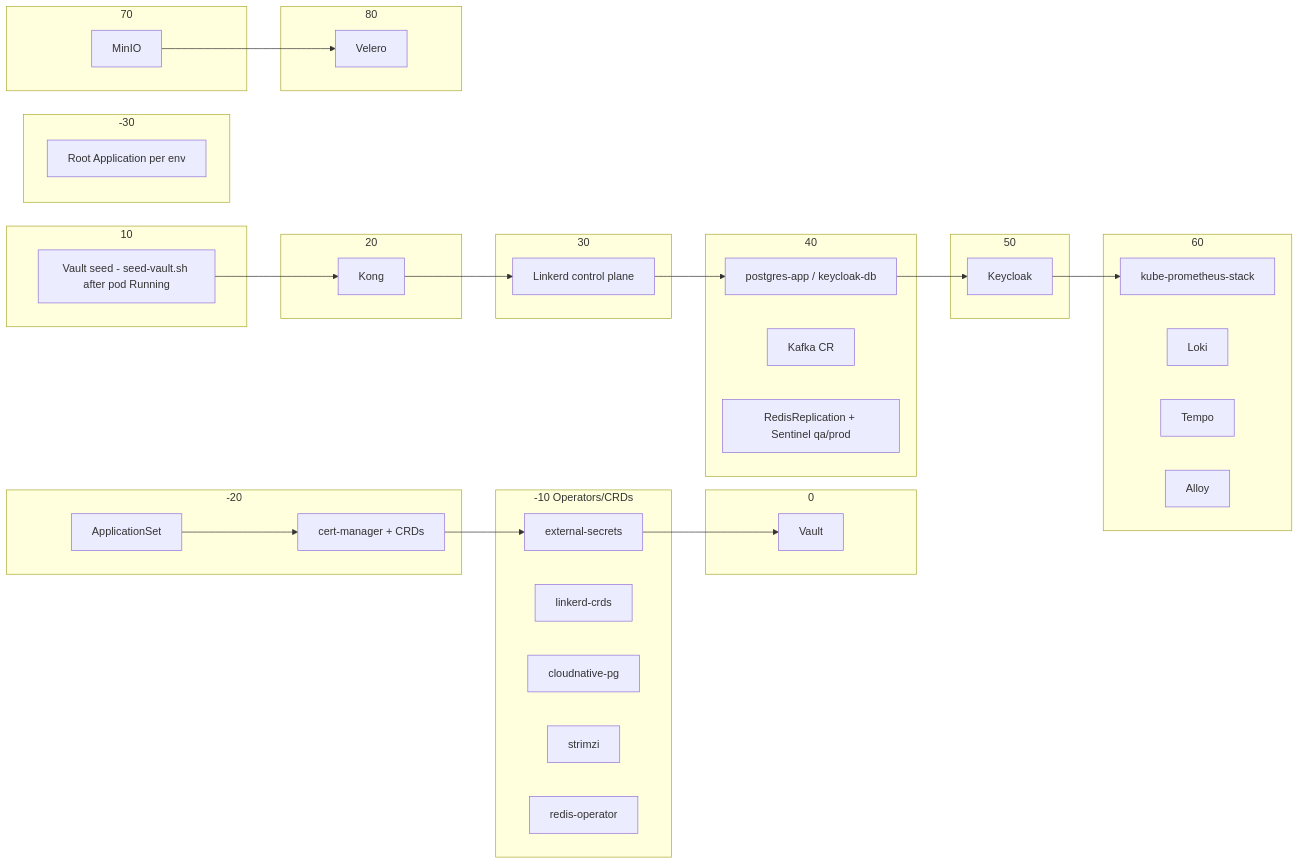
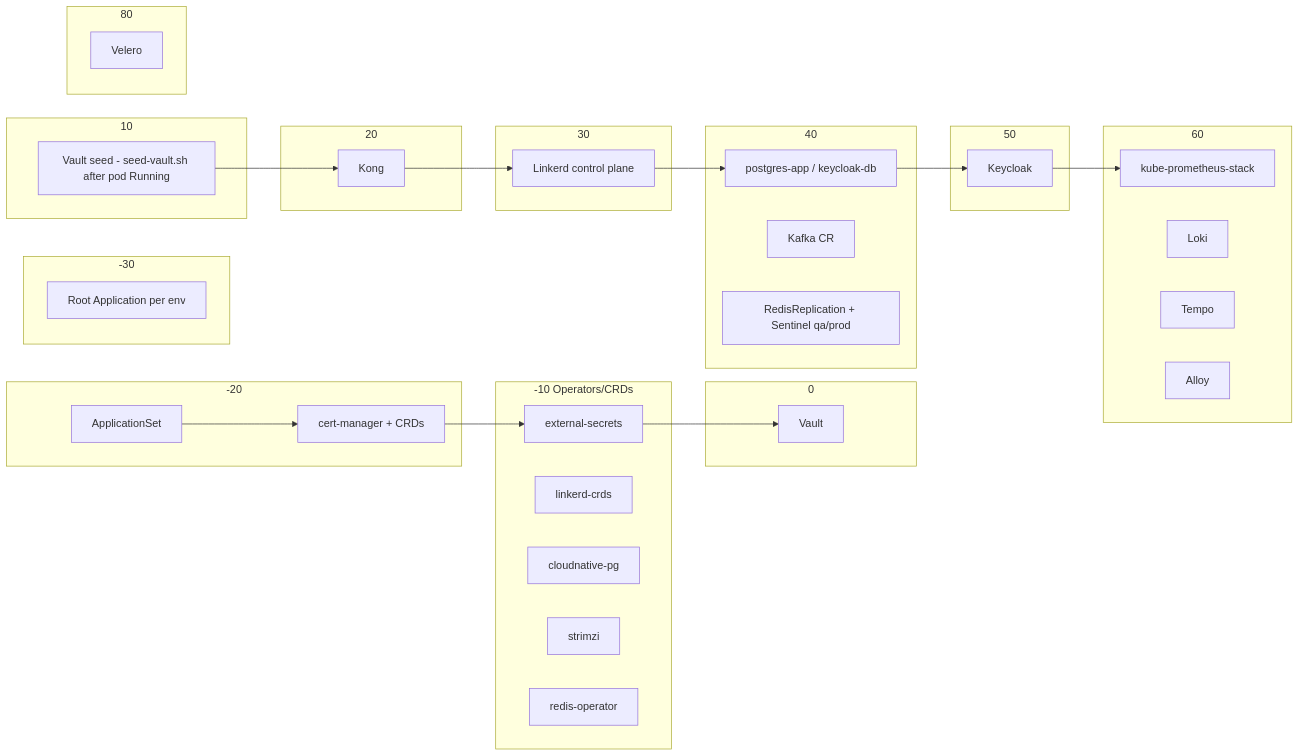
The second of 3 diagrams in docs/architecture.md (sca-templates/infra-kubernetes), drawn with Mermaid before and after one commit. The commit also changed other lines of this file and 50 other files, not shown here.

````diff
--- a/docs/architecture.md
+++ b/docs/architecture.md
@@ -190,58 +189,54 @@
 ```mermaid
 graph LR
     subgraph W-30["-30"]
         A[Root Application per env]
     end
     subgraph W-20["-20"]
         B[ApplicationSet]
         C[cert-manager + CRDs]
     end
     subgraph W-10["-10 Operators/CRDs"]
         D[external-secrets]
         E[linkerd-crds]
         F[cloudnative-pg]
         G[strimzi]
         H[redis-operator]
     end
     subgraph W0["0"]
         I[Vault]
     end
     subgraph W10["10"]
         J[Vault seed - seed-vault.sh after pod Running]
     end
     subgraph W20["20"]
         K[Kong]
     end
     subgraph W30["30"]
         L[Linkerd control plane]
     end
     subgraph W40["40"]
         M[postgres-app / keycloak-db]
         N[Kafka CR]
         O[RedisReplication + Sentinel qa/prod]
     end
     subgraph W50["50"]
         P[Keycloak]
     end
     subgraph W60["60"]
         Q[kube-prometheus-stack]
         R[Loki]
         S[Tempo]
         T[Alloy]
     end
-    subgraph W70["70"]
-        U[MinIO]
-    end
     subgraph W80["80"]
         V[Velero]
     end
     B --> C
     C --> D
     D --> I
     J --> K
     K --> L
     L --> M
     M --> P
     P --> Q
-    U --> V
 ```
````
